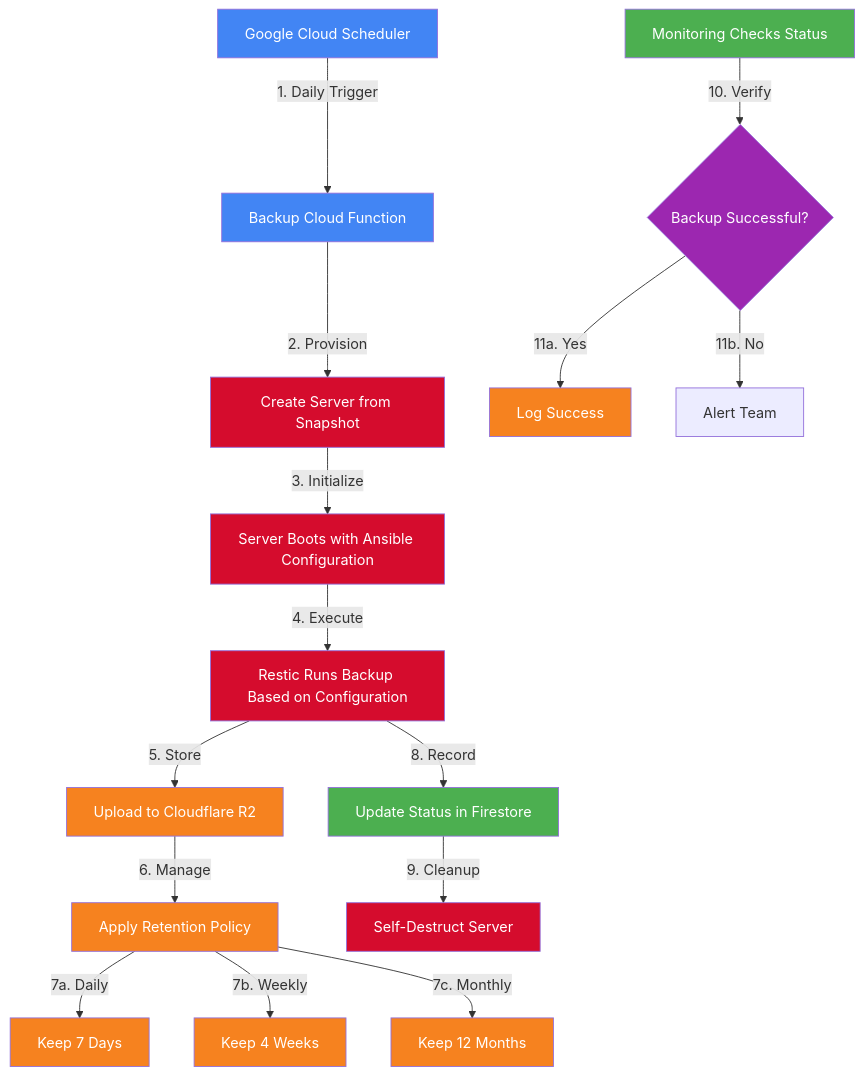
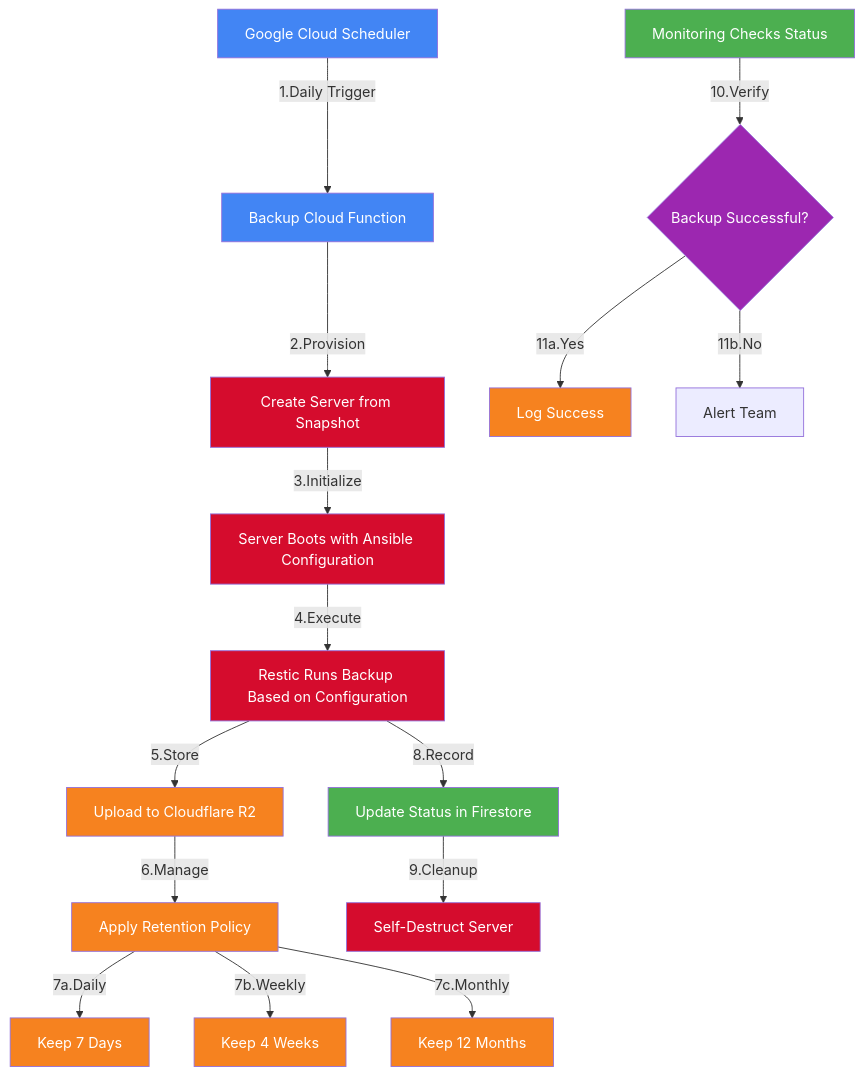
One commit to deepbrainspace/deepbrain-stack changed the fourth of 7 diagrams in documentation/infrastructure-diagrams.md. Above: the diagram before and after it, drawn with Mermaid. The commit also changed other lines of this file, not shown here.

````diff
--- a/documentation/infrastructure-diagrams.md
+++ b/documentation/infrastructure-diagrams.md
@@ -204,34 +204,34 @@
 ```mermaid
 flowchart TD
-    A["Google Cloud Scheduler"] -->|"1. Daily Trigger"| B["Backup Cloud Function"]
-    B --> |"2. Provision"| C["Create Server from Snapshot"]
-    C --> |"3. Initialize"| D["Server Boots with Ansible Configuration"]
+    A["Google Cloud Scheduler"] -->|"1.Daily Trigger"| B["Backup Cloud Function"]
+    B --> |"2.Provision"| C["Create Server from Snapshot"]
+    C --> |"3.Initialize"| D["Server Boots with Ansible Configuration"]
     
-    D --> |"4. Execute"| E["Restic Runs Backup Based on Configuration"]
-    E --> |"5. Store"| F["Upload to Cloudflare R2"]
+    D --> |"4.Execute"| E["Restic Runs Backup Based on Configuration"]
+    E --> |"5.Store"| F["Upload to Cloudflare R2"]
     
-    F --> |"6. Manage"| G["Apply Retention Policy"]
-    G -->|"7a. Daily"| H["Keep 7 Days"]
-    G -->|"7b. Weekly"| I["Keep 4 Weeks"]
-    G -->|"7c. Monthly"| J["Keep 12 Months"]
+    F --> |"6.Manage"| G["Apply Retention Policy"]
+    G -->|"7a.Daily"| H["Keep 7 Days"]
+    G -->|"7b.Weekly"| I["Keep 4 Weeks"]
+    G -->|"7c.Monthly"| J["Keep 12 Months"]
     
-    E --> |"8. Record"| K["Update Status in Firestore"]
-    K --> |"9. Cleanup"| L["Self-Destruct Server"]
+    E --> |"8.Record"| K["Update Status in Firestore"]
+    K --> |"9.Cleanup"| L["Self-Destruct Server"]
     
-    M["Monitoring Checks Status"] --> |"10. Verify"| N{"Backup Successful?"}
-    N -->|"11a. Yes"| O["Log Success"]
-    N -->|"11b. No"| P["Alert Team"]
+    M["Monitoring Checks Status"] --> |"10.Verify"| N{"Backup Successful?"}
+    N -->|"11a.Yes"| O["Log Success"]
+    N -->|"11b.No"| P["Alert Team"]
     
     classDef gcp fill:#4285F4,color:white;
     classDef hetzner fill:#D50C2D,color:white;
     classDef cloudflare fill:#F6821F,color:white;
     classDef process fill:#4CAF50,color:white;
     classDef decision fill:#9C27B0,color:white;
     
     class A,B gcp;
     class C,D,E,L hetzner;
     class F,G,H,I,J,O cloudflare;
     class K,M process;
     class N decision;
     class P alert;
 ```
````
